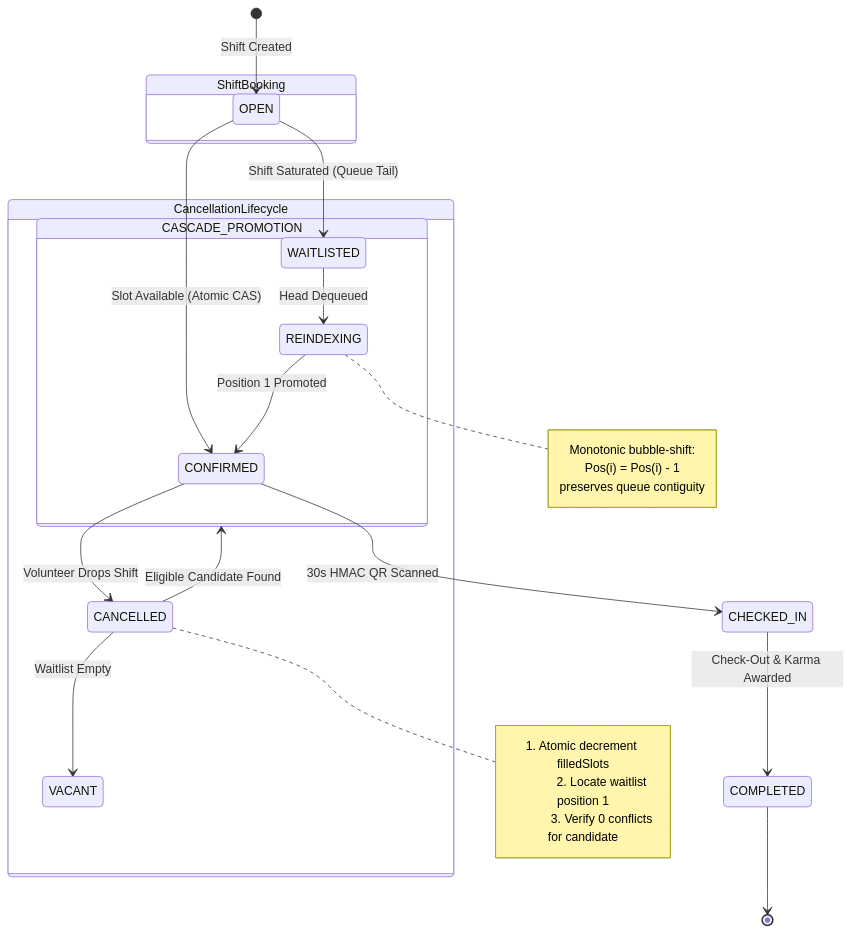
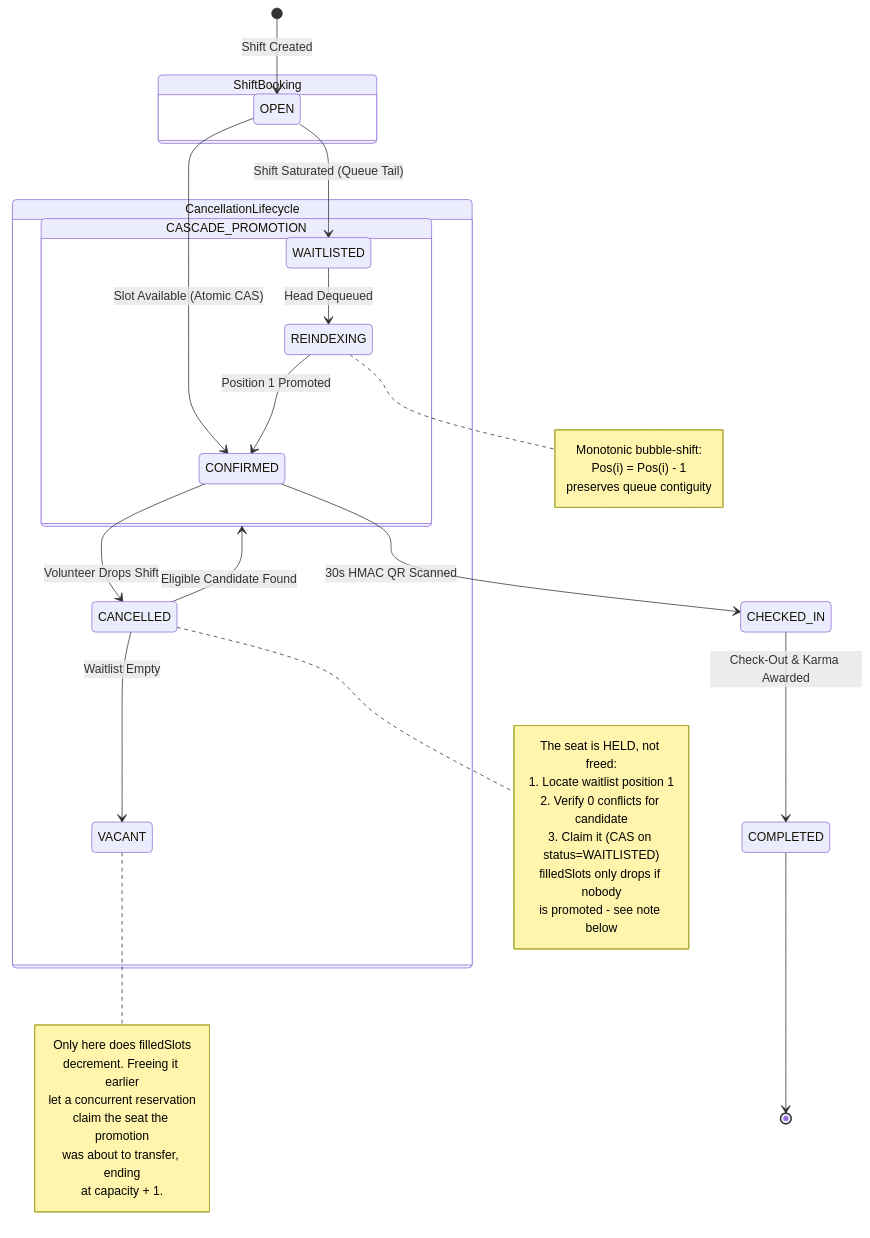
Before and after one commit to aritroBh/HackIllinois-2027-Systems-Coding-Challenge: the fourth of 10 diagrams in ARCHITECTURE.md, drawn with Mermaid. The commit also changed other lines of this file and 39 other files, not shown here.

````diff
--- a/ARCHITECTURE.md
+++ b/ARCHITECTURE.md
@@ -289,35 +290,46 @@
 ```mermaid
 stateDiagram-v2
     [*] --> OPEN : Shift Created
 
     state ShiftBooking {
         OPEN --> CONFIRMED : Slot Available (Atomic CAS)
         OPEN --> WAITLISTED : Shift Saturated (Queue Tail)
     }
 
     state CancellationLifecycle {
         CONFIRMED --> CANCELLED : Volunteer Drops Shift
         note right of CANCELLED
-            1. Atomic decrement filledSlots
-            2. Locate waitlist position 1
-            3. Verify 0 conflicts for candidate
+            The seat is HELD, not freed:
+            1. Locate waitlist position 1
+            2. Verify 0 conflicts for candidate
+            3. Claim it (CAS on status=WAITLISTED)
+            filledSlots only drops if nobody
+            is promoted - see note below
         end note
 
         CANCELLED --> CASCADE_PROMOTION : Eligible Candidate Found
         CANCELLED --> VACANT : Waitlist Empty
+        note right of VACANT
+            Only here does filledSlots
+            decrement. Freeing it earlier
+            let a concurrent reservation
+            claim the seat the promotion
+            was about to transfer, ending
+            at capacity + 1.
+        end note
     }
 
     state CASCADE_PROMOTION {
         WAITLISTED --> REINDEXING : Head Dequeued
         REINDEXING --> CONFIRMED : Position 1 Promoted
         note right of REINDEXING
             Monotonic bubble-shift:
             Pos(i) = Pos(i) - 1
             preserves queue contiguity
         end note
     }
 
     CONFIRMED --> CHECKED_IN : 30s HMAC QR Scanned
     CHECKED_IN --> COMPLETED : Check-Out & Karma Awarded
     COMPLETED --> [*]
 ```
````
